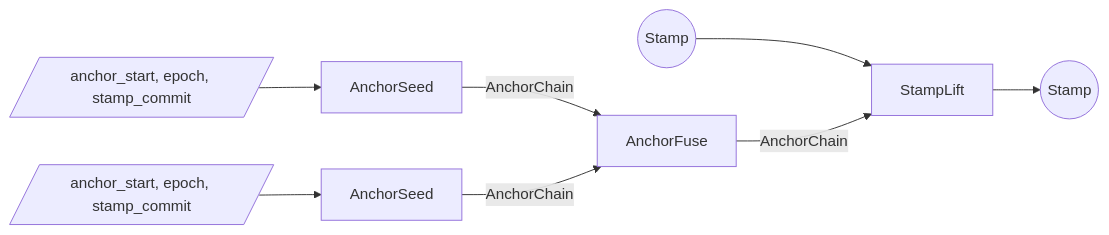
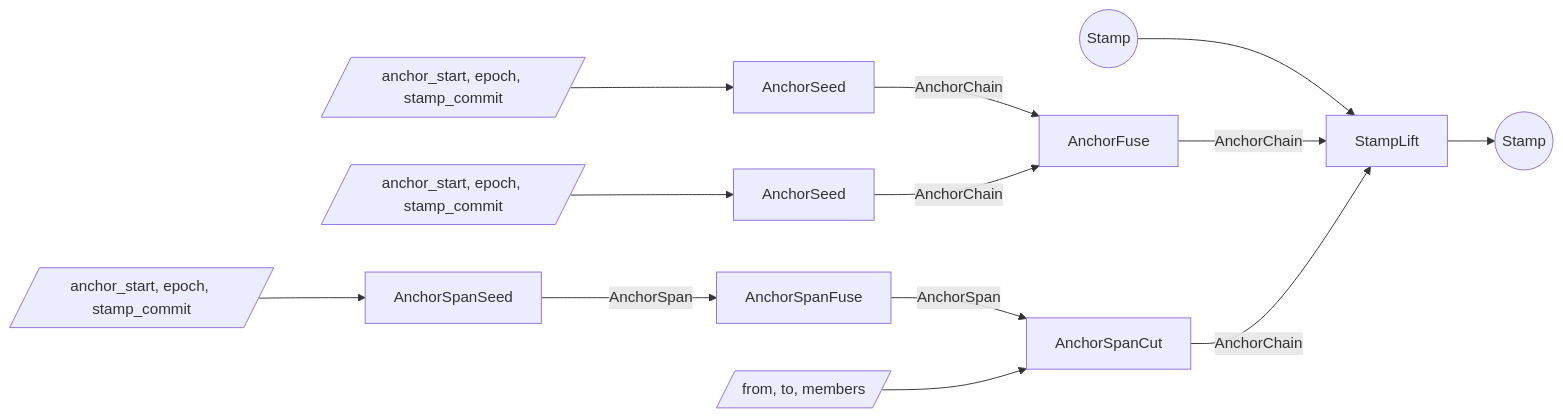
Before and after one commit to tachyon-zcash/tachyon: the second of 3 diagrams in book/src/proof-tree.md, drawn with Mermaid. The commit also changed other lines of this file and 7 other files, not shown here.

First line of the commit message:
feat: an anchor span cuts to a chain at any member

````diff
--- a/book/src/proof-tree.md
+++ b/book/src/proof-tree.md
@@ -430,19 +439,29 @@
 ```mermaid
 flowchart LR
   sh_in((Stamp))
   w_seed[/anchor_start, epoch, stamp_commit/]
   s_seed[AnchorSeed]
   w_next[/anchor_start, epoch, stamp_commit/]
   s_next[AnchorSeed]
   s_fuse[AnchorFuse]
+  w_span[/anchor_start, epoch, stamp_commit/]
+  s_span[AnchorSpanSeed]
+  s_spanfuse[AnchorSpanFuse]
+  w_cut[/from, to, members/]
+  s_cut[AnchorSpanCut]
   s_lift[StampLift]
   sh_out((Stamp))
 
   w_seed --> s_seed
   w_next --> s_next
   s_seed -->|AnchorChain| s_fuse
   s_next -->|AnchorChain| s_fuse
+  w_span --> s_span
+  s_span -->|AnchorSpan| s_spanfuse
+  s_spanfuse -->|AnchorSpan| s_cut
+  w_cut --> s_cut
   sh_in --> s_lift
   s_fuse -->|AnchorChain| s_lift
+  s_cut -->|AnchorChain| s_lift
   s_lift --> sh_out
 ```
````
